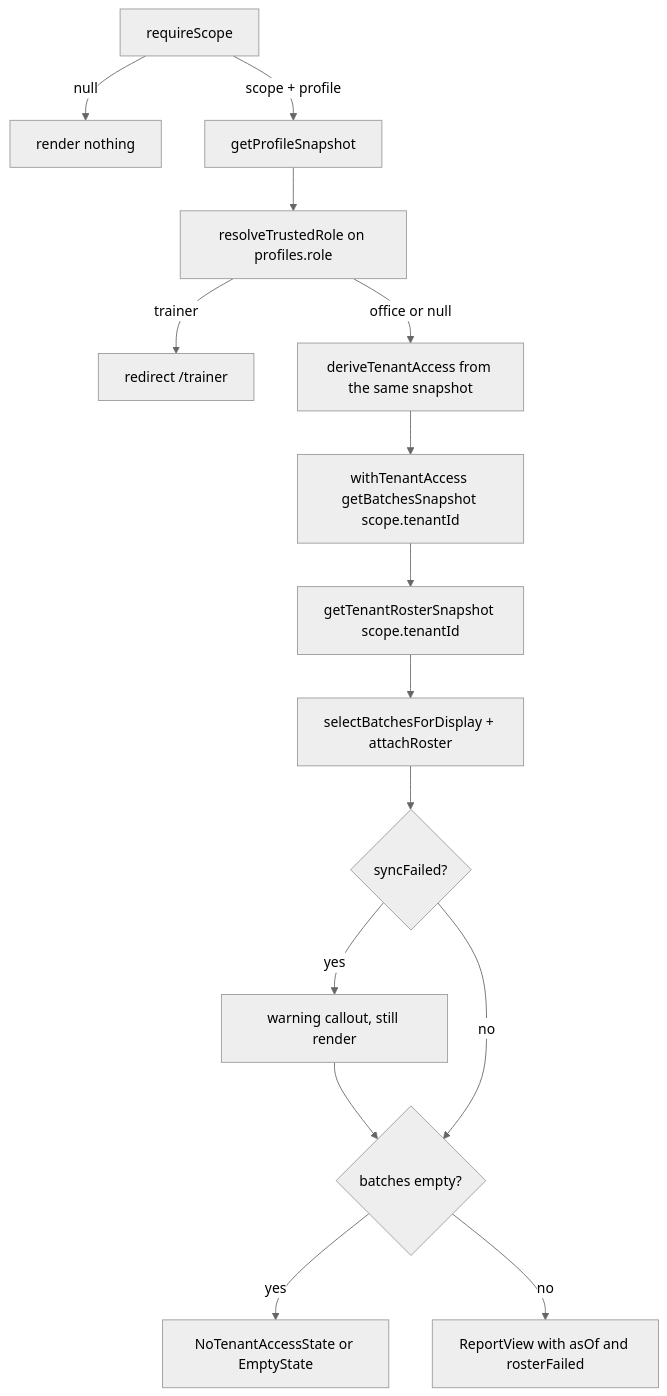
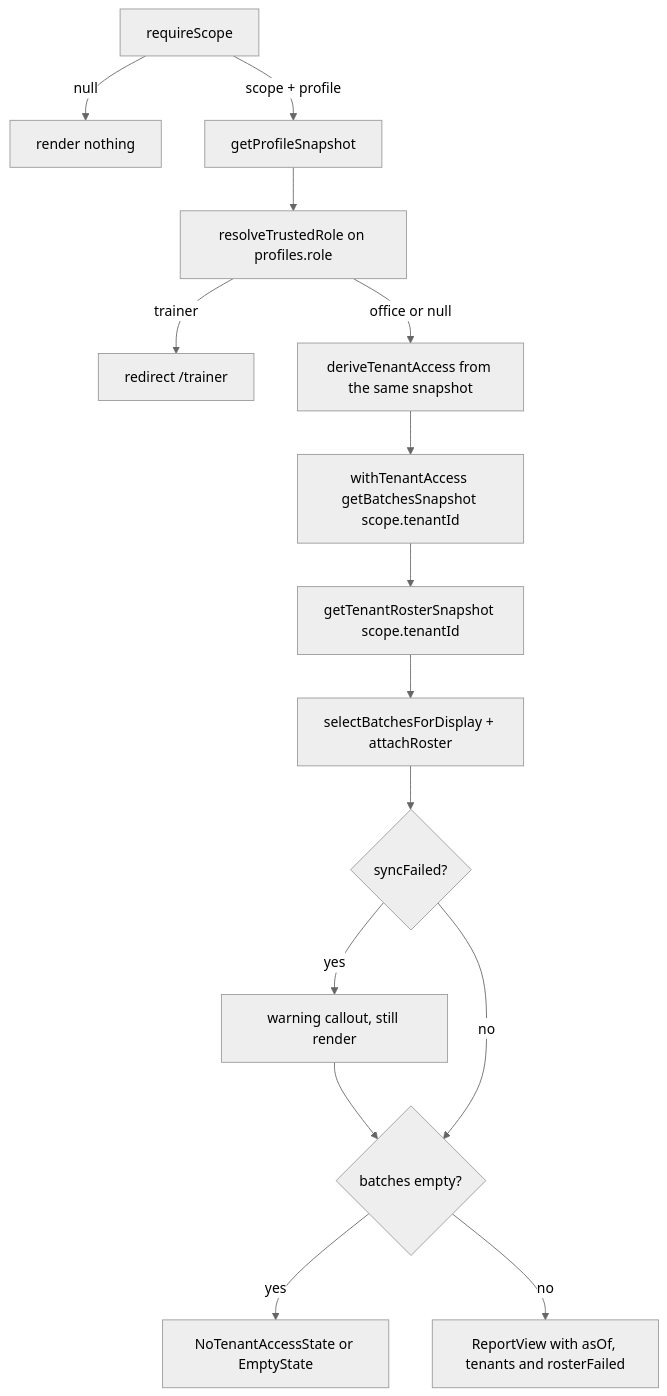
One commit to shuakyle21/tesda-compliance-manager changed the diagram in openwiki/modules/reports-and-t2mis-export.md. Above: the diagram before and after it, drawn with Mermaid (neutral theme). The commit also changed other lines of this file and 48 other files, not shown here.

````diff
--- a/openwiki/modules/reports-and-t2mis-export.md
+++ b/openwiki/modules/reports-and-t2mis-export.md
@@ -37,17 +93,17 @@
 ```mermaid
 flowchart TD
   A[requireScope] -->|null| Z[render nothing]
   A -->|scope + profile| B[getProfileSnapshot]
   B --> C[resolveTrustedRole on profiles.role]
   C -->|trainer| T[redirect /trainer]
   C -->|office or null| D[deriveTenantAccess from the same snapshot]
   D --> E[withTenantAccess getBatchesSnapshot scope.tenantId]
   E --> F[getTenantRosterSnapshot scope.tenantId]
   F --> G[selectBatchesForDisplay + attachRoster]
   G --> H{syncFailed?}
   H -->|yes| I[warning callout, still render]
   I --> J{batches empty?}
   H -->|no| J
   J -->|yes| K[NoTenantAccessState or EmptyState]
-  J -->|no| L[ReportView with asOf and rosterFailed]
+  J -->|no| L[ReportView with asOf, tenants and rosterFailed]
 ```
````
